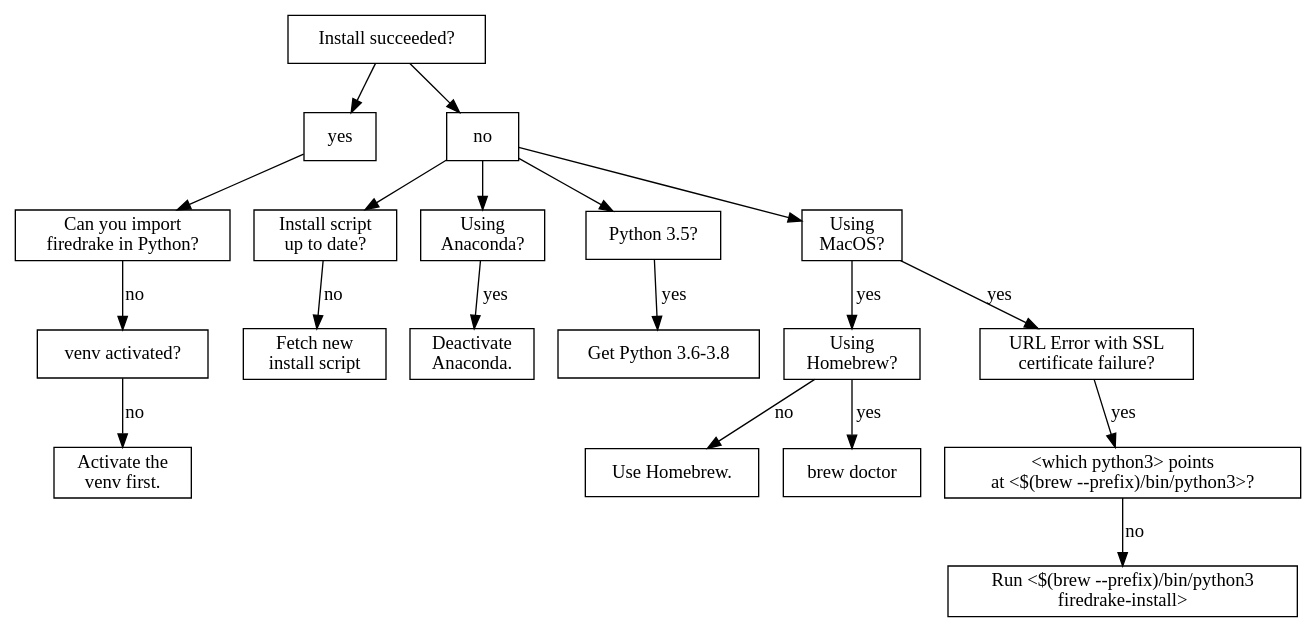
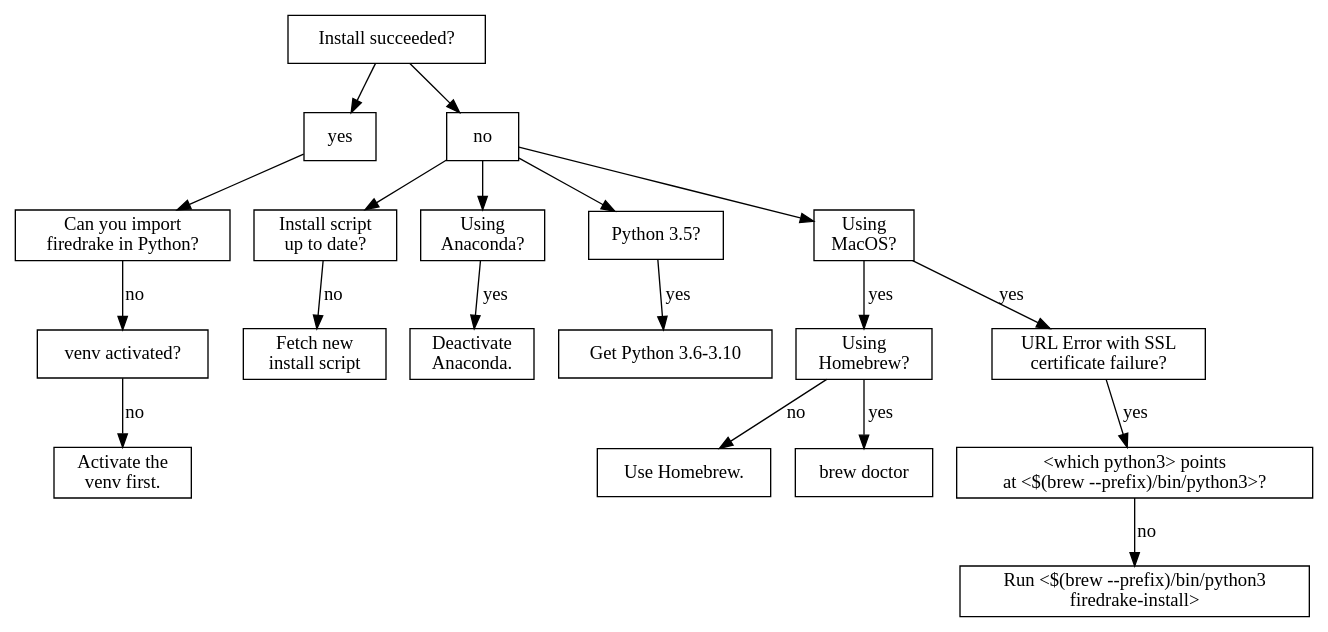
Before and after one commit to firedrakeproject/firedrake: the diagram in docs/source/install-debug.dot, drawn with Graphviz. The commit also changed 1 other file, not shown here.

```diff
--- a/docs/source/install-debug.dot
+++ b/docs/source/install-debug.dot
@@ -1,41 +1,41 @@
 digraph triage {
     node [shape=rect];
 
     can_install [label="Install succeeded?"];
     install_succeeded [label="yes"];
     install_failed [label="no"];
     can_import [label="Can you import\nfiredrake in Python?"];
     venv_activated [label="venv activated?"];
     install_script_up_to_date [label="Install script\nup to date?"];
     using_anaconda [label="Using\nAnaconda?"];
     python_version [label="Python 3.5?"];
     using_macos [label="Using\nMacOS?"];
     using_homebrew [label="Using\nHomebrew?"];
     url_error [label="URL Error with SSL\ncertificate failure?"];
     which_python [label="<which python3> points\nat <$(brew --prefix)/bin/python3>?"];
 
     activate_venv [label="Activate the\nvenv first."];
     uninstall_anaconda [label="Deactivate\nAnaconda."];
-    update_python [label="Get Python 3.6-3.8"];
+    update_python [label="Get Python 3.6-3.10"];
     update_install_script [label="Fetch new\ninstall script"];
     get_homebrew [label="Use Homebrew."];
     brew_doctor [label="brew doctor"];
     explicit_path [label="Run <$(brew --prefix)/bin/python3\n firedrake-install>"];
 
     can_install -> install_succeeded;
     install_succeeded -> can_import;
     can_import -> venv_activated [label="no"];
     venv_activated -> activate_venv [label="no"];
 
     can_install -> install_failed;
     install_failed -> {install_script_up_to_date, using_anaconda, python_version, using_macos};
     install_script_up_to_date -> update_install_script [label="no"];
     python_version -> update_python [label="yes"];
     using_anaconda -> uninstall_anaconda [label="yes"];
     using_macos -> using_homebrew [label="yes"];
     using_homebrew -> get_homebrew [label="no"];
     using_homebrew -> brew_doctor [label="yes"];
     using_macos -> url_error [label="yes"];
     url_error -> which_python [label="yes"];
     which_python -> explicit_path [label="no"];
 }
```
